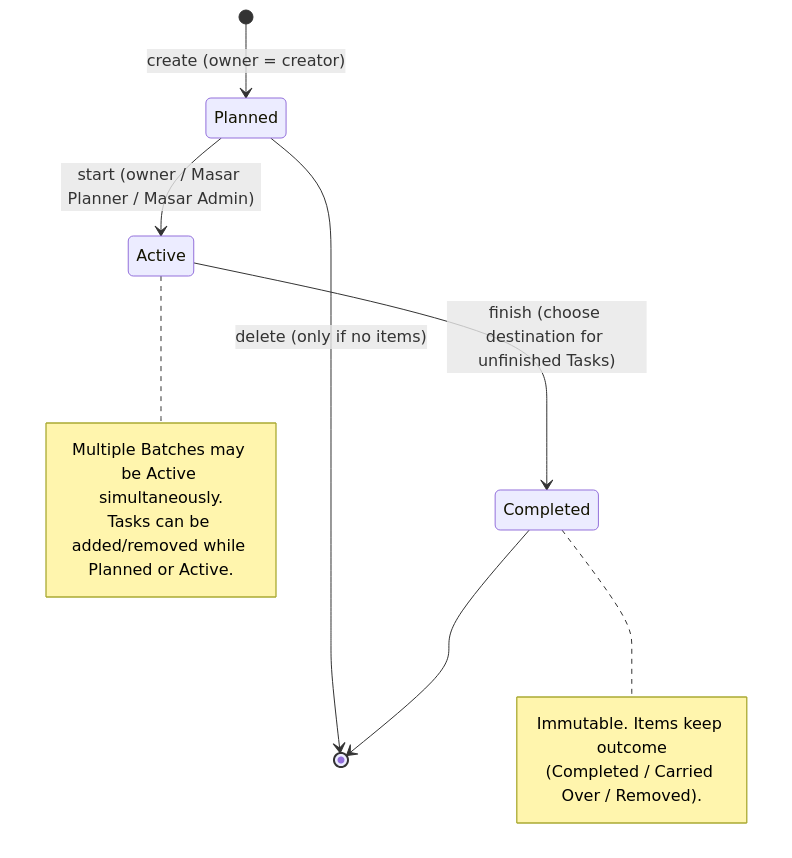
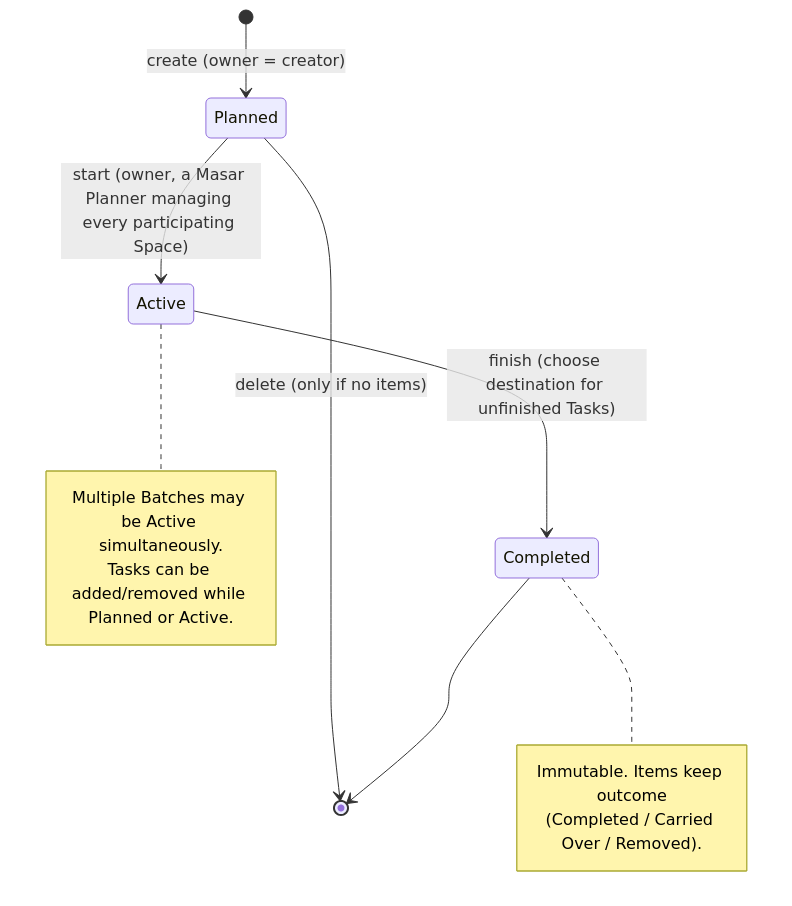
Before and after one commit to akwadqa/masar: the second of 2 diagrams in docs/02-domain-data-model.md, drawn with Mermaid. The commit also changed other lines of this file and 22 other files, not shown here.

First line of the commit message:
feat: Planner-owned Batches; delete a Space only when it has no Tasks

````diff
--- a/docs/02-domain-data-model.md
+++ b/docs/02-domain-data-model.md
@@ -284,16 +284,16 @@
 ```mermaid
 stateDiagram-v2
     [*] --> Planned : create (owner = creator)
-    Planned --> Active : start (owner / Masar Planner / Masar Admin)
+    Planned --> Active : start (owner, a Masar Planner managing every participating Space)
     Active --> Completed : finish (choose destination for unfinished Tasks)
     Planned --> [*] : delete (only if no items)
     Completed --> [*]
     note right of Active
       Multiple Batches may be Active simultaneously.
       Tasks can be added/removed while Planned or Active.
     end note
     note right of Completed
       Immutable. Items keep outcome
       (Completed / Carried Over / Removed).
     end note
 ```
````
